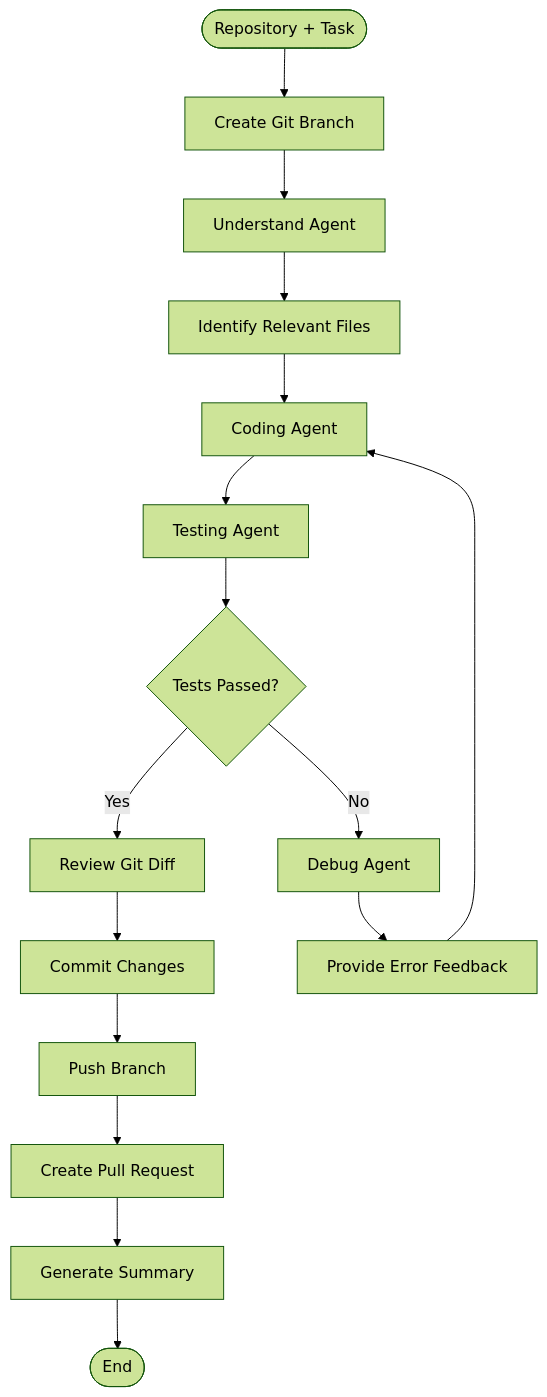
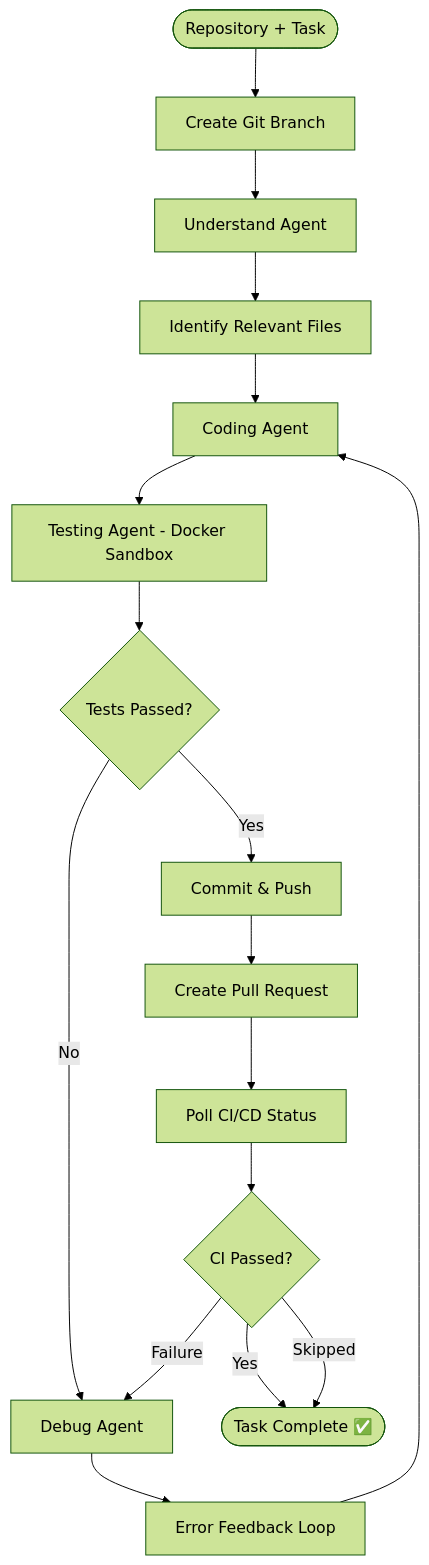
One commit to astroophilliiiiiiiii/Autonomous-swe-agent changed the diagram in README.md. Above: the diagram before and after it, drawn with Mermaid (forest theme). The commit also changed other lines of this file and 23 other files, not shown here.

Commit message:
feat: complete autonomous SWE agent with multi-repo benchmarking, self-healing reflection, and CI/CD integration

````diff
--- a/README.md
+++ b/README.md
@@ -11,18 +11,19 @@
 ```mermaid
 flowchart TD
     A([Repository + Task]) --> B[Create Git Branch]
     B --> C[Understand Agent]
     C --> D[Identify Relevant Files]
     D --> E[Coding Agent]
-    E --> F[Testing Agent]
+    E --> F[Testing Agent - Docker Sandbox]
     F --> G{Tests Passed?}
-    G -- Yes --> H[Review Git Diff]
+    G -- Yes --> H[Commit & Push]
     G -- No --> I[Debug Agent]
-    I --> J[Provide Error Feedback]
+    I --> J[Error Feedback Loop]
     J --> E
-    H --> K[Commit Changes]
-    K --> L[Push Branch]
-    L --> M[Create Pull Request]
-    M --> N[Generate Summary]
-    N --> O([End])
+    H --> K[Create Pull Request]
+    K --> L[Poll CI/CD Status]
+    L --> M{CI Passed?}
+    M -- Yes --> N([Task Complete ✅])
+    M -- Failure --> I
+    M -- Skipped --> N
 ```
````
